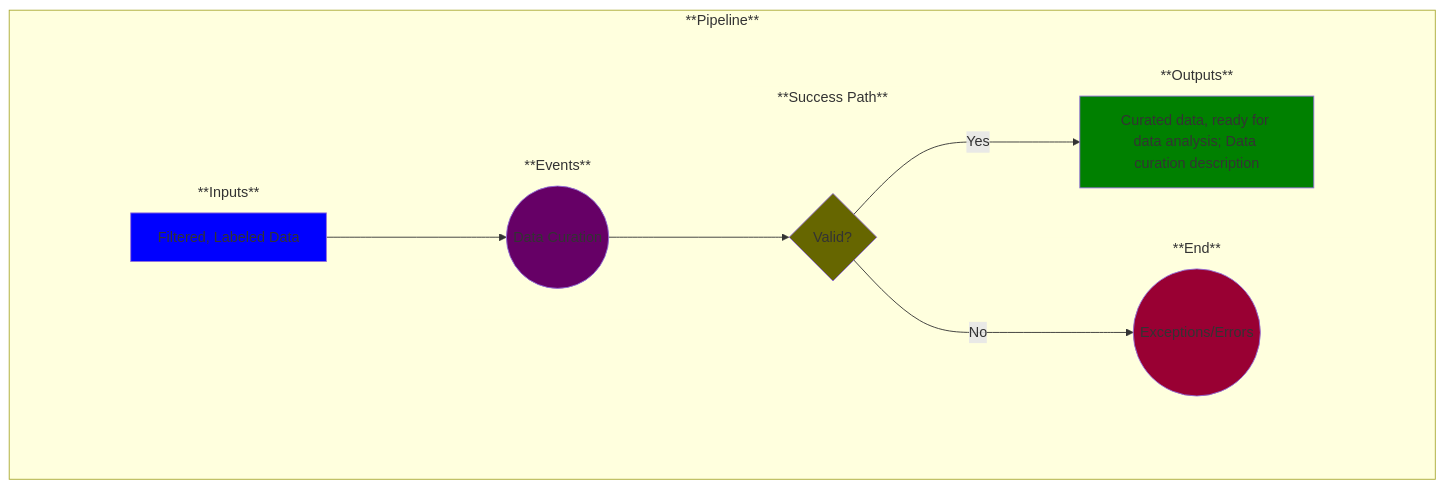
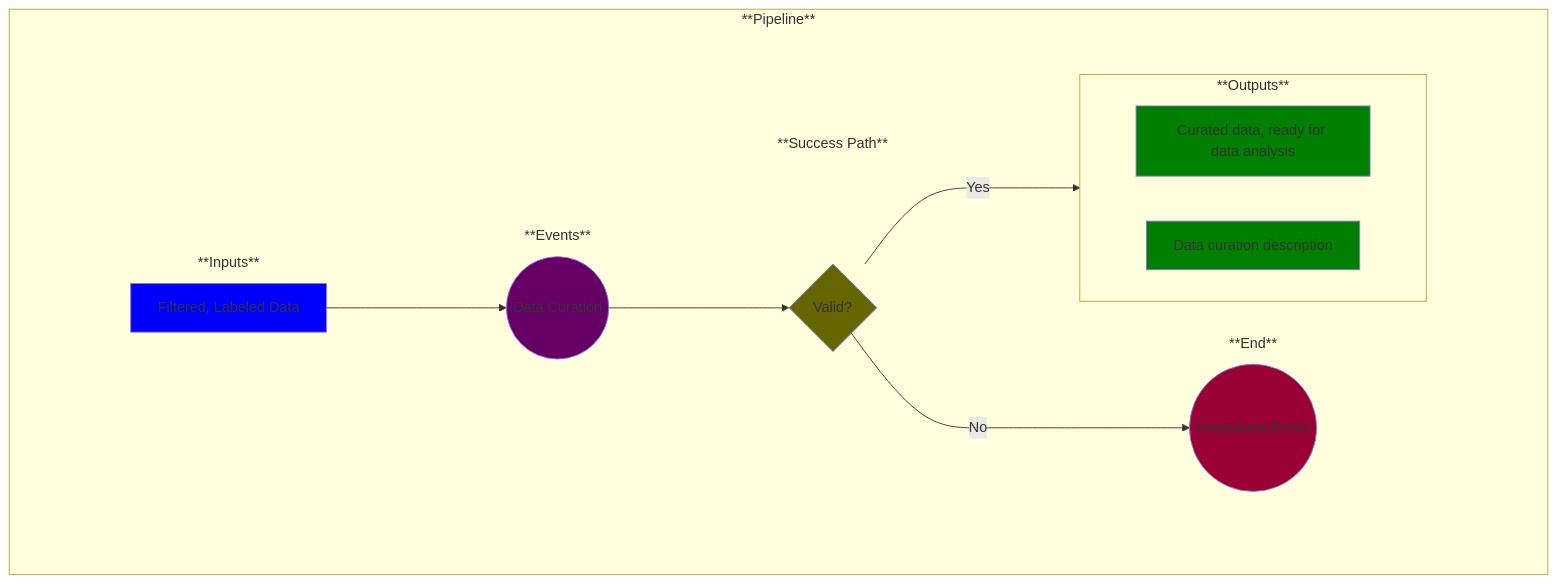
The diagram in use-cases/5-data-analysis.md (MLOps-OpenAPI/arch-diagrams), drawn with Mermaid before and after one commit. The commit also changed other lines of this file and 20 other files, not shown here.

````diff
--- a/use-cases/5-data-analysis.md
+++ b/use-cases/5-data-analysis.md
@@ -18,65 +18,68 @@
 ```mermaid
 
 %% Creating a left-to-right flowchart
 %% Learn the syntax here: https://mermaid.js.org/syntax/flowchart.html
 %% Note: flowchart and graph are the same in Mermaid
 graph LR;
 
     %% Define the common flow items:
     %%A--> B
     %%B-->C
     subgraph Pipeline ["**Pipeline**"]
         
         %% Add an empty node to overcome some formatting issues
         subgraph invisibleSpace["<br/>"]
 
             %% Add the rest of the nodes
             subgraph Inputs ["**Inputs**"]
                 A 
             end
             subgraph Events ["**Events**"]
                 B
             end
             subgraph Success ["**Success Path**"]
                 C
             end
             subgraph End ["**End**"]
                 D
             end
             subgraph Outputs ["**Outputs**"]
-                E
+                E1
+                E2
             end
         end
         A-->B
         B-->C
-        C--> | Yes | E
+        C--> | Yes | Outputs
         C--> | No | D
     end
 
     %% Now label and style the blocks
     %% Note: You could have done this above, but I find this to be cleaner and easier to manage
 
     A[Filtered, Labeled Data]
     style A fill:blue
 
     B((Data Curation))
     style B fill:#660066
 
     C{Valid?}
     style C fill:#666600
 
     D((Exceptions/Errors))
     style D fill:#990033
 
-    E[Curated data, ready for data analysis; Data curation description]
-    style E fill:green
+    E1[Curated data, ready for data analysis]
+    style E1 fill:green
+
+    E2[Data curation description]
+    style E2 fill:green
 
     %% Remove unnecessary box outlines
     style invisibleSpace stroke-width:0
     style Inputs stroke-width:0
     style Events stroke-width:0
-    style Outputs stroke-width:0
     style End stroke-width:0
     style Success stroke-width:0
 
 ```
````
